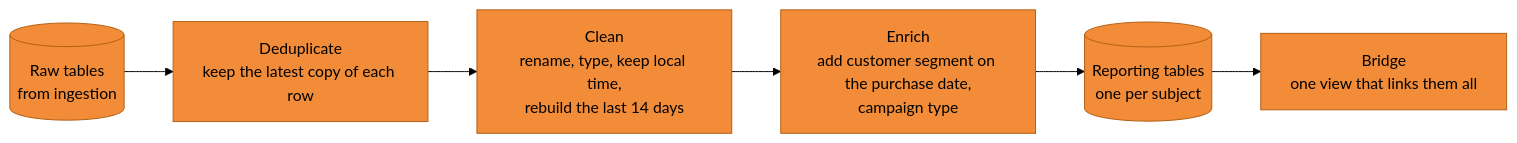
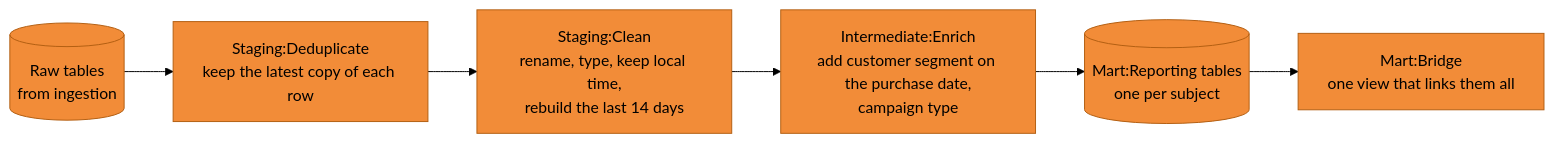
Diagram 12 of 20 in Project_Portfolio/Project 1/Project_1.md (antipev/sql_preparation), drawn with Mermaid (forest theme) before and after one commit. The commit also changed other lines of this file, not shown here.

````diff
--- a/Project_Portfolio/Project 1/Project_1.md
+++ b/Project_Portfolio/Project 1/Project_1.md
@@ -735,11 +736,11 @@
 ```mermaid
 flowchart LR
-    A[("Raw tables<br/>from ingestion")] --> B["Deduplicate<br/>keep the latest copy of each row"]
-    B --> C["Clean<br/>rename, type, keep local time,<br/>rebuild the last 14 days"]
-    C --> D["Enrich<br/>add customer segment on the purchase date,<br/>campaign type"]
-    D --> E[("Reporting tables<br/>one per subject")]
-    E --> F["Bridge<br/>one view that links them all"]
+    A[("Raw tables<br/>from ingestion")] --> B["Staging:Deduplicate<br/>keep the latest copy of each row"]
+    B --> C["Staging:Clean<br/>rename, type, keep local time,<br/>rebuild the last 14 days"]
+    C --> D["Intermediate:Enrich<br/>add customer segment on the purchase date,<br/>campaign type"]
+    D --> E[("Mart:Reporting tables<br/>one per subject")]
+    E --> F["Mart:Bridge<br/>one view that links them all"]
 
     classDef skip fill:#F28C38,stroke:#B35F12,color:#000
     class A,B,C,D,E,F skip
 ```
````
